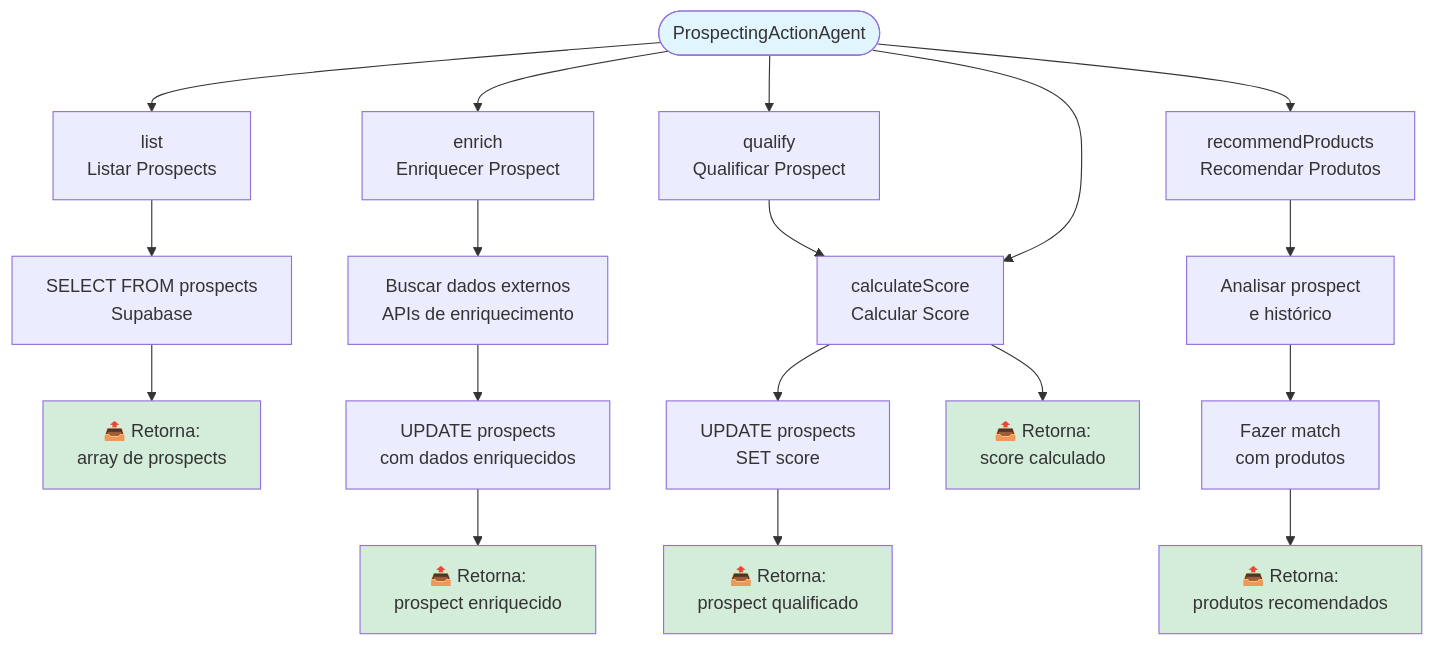
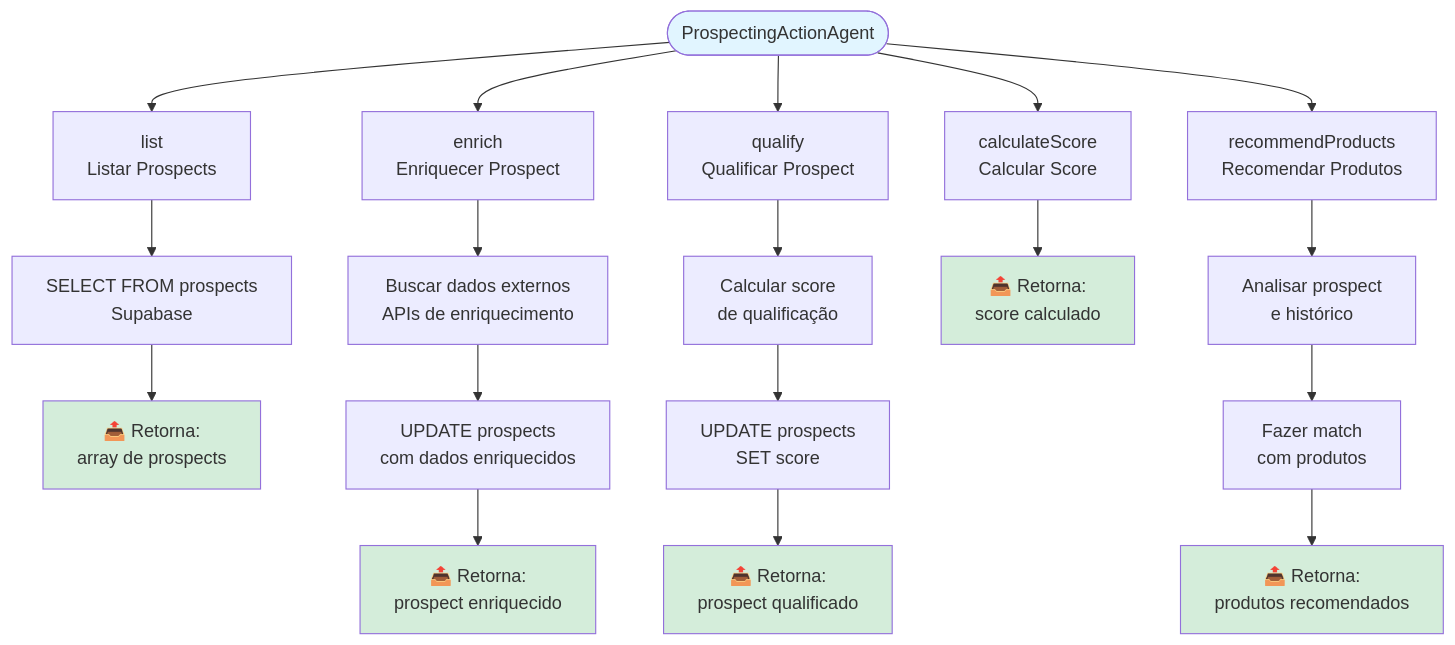
One commit to INOSX/4ProsperaConnect changed diagram 11 of 18 in DIAGRAMAS_AGENTES_BMAD.md. Above: the diagram before and after it, drawn with Mermaid. The commit also changed other lines of this file, not shown here.

Commit message:
fix: corrigir problemas no arquivo DIAGRAMAS_AGENTES_BMAD.md - Corrigir data de 2024 para Janeiro 2025 - Corrigir nÃ³ duplicado CalculateScore no diagrama ProspectingActionAgent

````diff
--- a/DIAGRAMAS_AGENTES_BMAD.md
+++ b/DIAGRAMAS_AGENTES_BMAD.md
@@ -462,31 +462,31 @@
 ```mermaid
 flowchart TD
     Start([ProspectingActionAgent]) --> List[list<br/>Listar Prospects]
     List --> SupabaseSelect[SELECT FROM prospects<br/>Supabase]
     SupabaseSelect --> ReturnList[📤 Retorna:<br/>array de prospects]
     
     Start --> Enrich[enrich<br/>Enriquecer Prospect]
     Enrich --> FetchExternalData[Buscar dados externos<br/>APIs de enriquecimento]
     FetchExternalData --> SupabaseUpdate[UPDATE prospects<br/>com dados enriquecidos]
     SupabaseUpdate --> ReturnEnriched[📤 Retorna:<br/>prospect enriquecido]
     
     Start --> Qualify[qualify<br/>Qualificar Prospect]
     Qualify --> CalculateScore[Calcular score<br/>de qualificação]
     CalculateScore --> SupabaseUpdateScore[UPDATE prospects<br/>SET score]
     SupabaseUpdateScore --> ReturnQualified[📤 Retorna:<br/>prospect qualificado]
     
-    Start --> CalculateScore[calculateScore<br/>Calcular Score]
-    CalculateScore --> ReturnScore[📤 Retorna:<br/>score calculado]
+    Start --> CalculateScoreMethod[calculateScore<br/>Calcular Score]
+    CalculateScoreMethod --> ReturnScore[📤 Retorna:<br/>score calculado]
     
     Start --> RecommendProducts[recommendProducts<br/>Recomendar Produtos]
     RecommendProducts --> AnalyzeProspect[Analisar prospect<br/>e histórico]
     AnalyzeProspect --> MatchProducts[Fazer match<br/>com produtos]
     MatchProducts --> ReturnRecommendations[📤 Retorna:<br/>produtos recomendados]
     
     style Start fill:#e1f5ff
     style ReturnList fill:#d4edda
     style ReturnEnriched fill:#d4edda
     style ReturnQualified fill:#d4edda
     style ReturnScore fill:#d4edda
     style ReturnRecommendations fill:#d4edda
 ```
````
